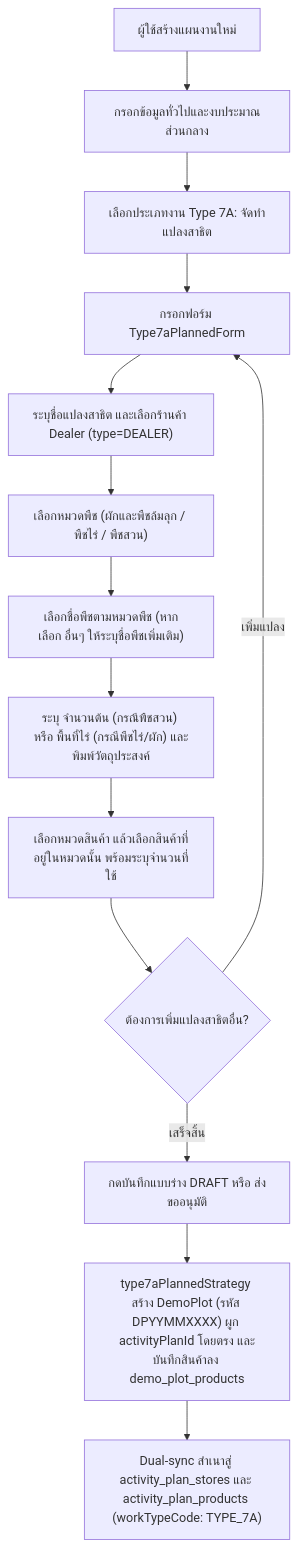
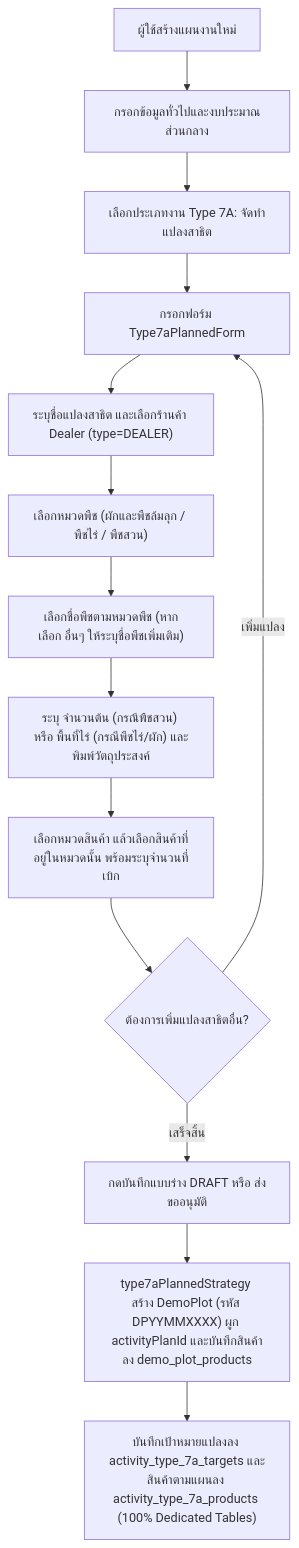
The first of 4 diagrams in modules/activity/features/type-7a/README.md (bankhk10/crm-bank), drawn with Mermaid before and after one commit. The commit also changed other lines of this file, not shown here.

````diff
--- a/modules/activity/features/type-7a/README.md
+++ b/modules/activity/features/type-7a/README.md
@@ -64,16 +62,16 @@
 ```mermaid
 graph TD
     A["ผู้ใช้สร้างแผนงานใหม่"] --> B["กรอกข้อมูลทั่วไปและงบประมาณส่วนกลาง"]
     B --> C["เลือกประเภทงาน Type 7A: จัดทำแปลงสาธิต"]
     C --> D["กรอกฟอร์ม Type7aPlannedForm"]
     D --> E["ระบุชื่อแปลงสาธิต และเลือกร้านค้า Dealer (type=DEALER)"]
     E --> F["เลือกหมวดพืช (ผักและพืชล้มลุก / พืชไร่ / พืชสวน)"]
     F --> G["เลือกชื่อพืชตามหมวดพืช (หากเลือก อื่นๆ ให้ระบุชื่อพืชเพิ่มเติม)"]
     G --> H["ระบุ จำนวนต้น (กรณีพืชสวน) หรือ พื้นที่ไร่ (กรณีพืชไร่/ผัก) และพิมพ์วัตถุประสงค์"]
-    H --> I["เลือกหมวดสินค้า แล้วเลือกสินค้าที่อยู่ในหมวดนั้น พร้อมระบุจำนวนที่ใช้"]
+    H --> I["เลือกหมวดสินค้า แล้วเลือกสินค้าที่อยู่ในหมวดนั้น พร้อมระบุจำนวนที่เบิก"]
     I --> J{"ต้องการเพิ่มแปลงสาธิตอื่น?"}
     J -->|"เพิ่มแปลง"| D
     J -->|"เสร็จสิ้น"| K["กดบันทึกแบบร่าง DRAFT หรือ ส่งขออนุมัติ"]
-    K --> L["type7aPlannedStrategy สร้าง DemoPlot (รหัส DPYYMMXXXX) ผูก activityPlanId โดยตรง และบันทึกสินค้าลง demo_plot_products"]
-    L --> M["Dual-sync สำเนาสู่ activity_plan_stores และ activity_plan_products (workTypeCode: TYPE_7A)"]
+    K --> L["type7aPlannedStrategy สร้าง DemoPlot (รหัส DPYYMMXXXX) ผูก activityPlanId และบันทึกสินค้าลง demo_plot_products"]
+    L --> M["บันทึกเป้าหมายแปลงลง activity_type_7a_targets และสินค้าตามแผนลง activity_type_7a_products (100% Dedicated Tables)"]
 ```
````
